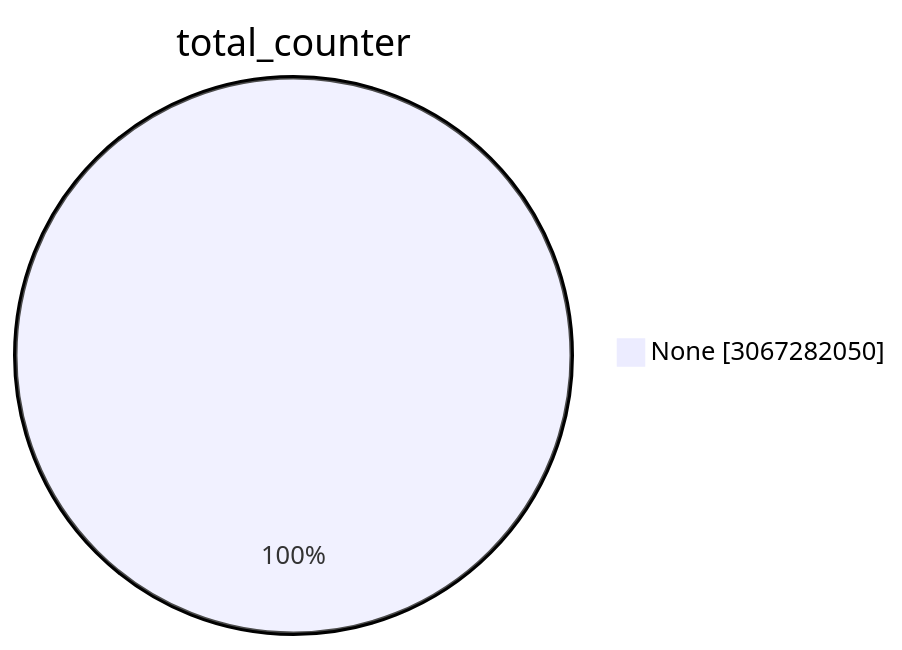
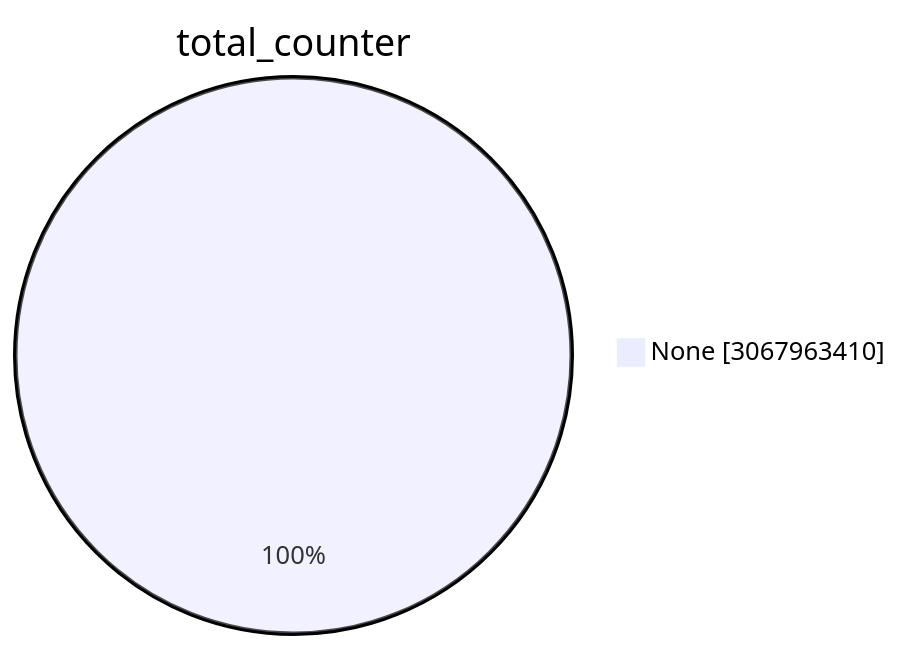
Before and after one commit to christiankrug/ctmonitor_visualization: the first of 15 diagrams in TOTAL/README.md, drawn with Mermaid. The commit also changed other lines of this file, not shown here.

````diff
--- a/TOTAL/README.md
+++ b/TOTAL/README.md
@@ -1,5 +1,5 @@
 ```mermaid
 pie showData
 title total_counter
-"None" :3067282050
+"None" :3067963410
 ```
````
